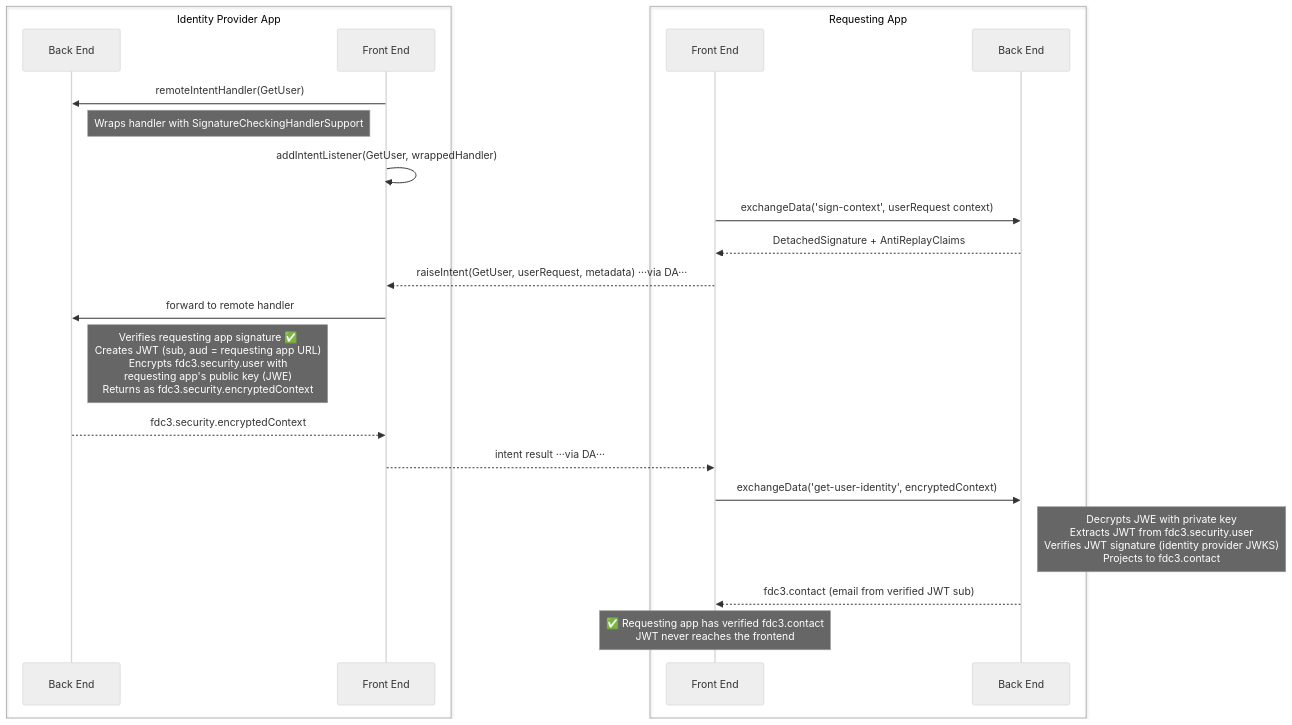
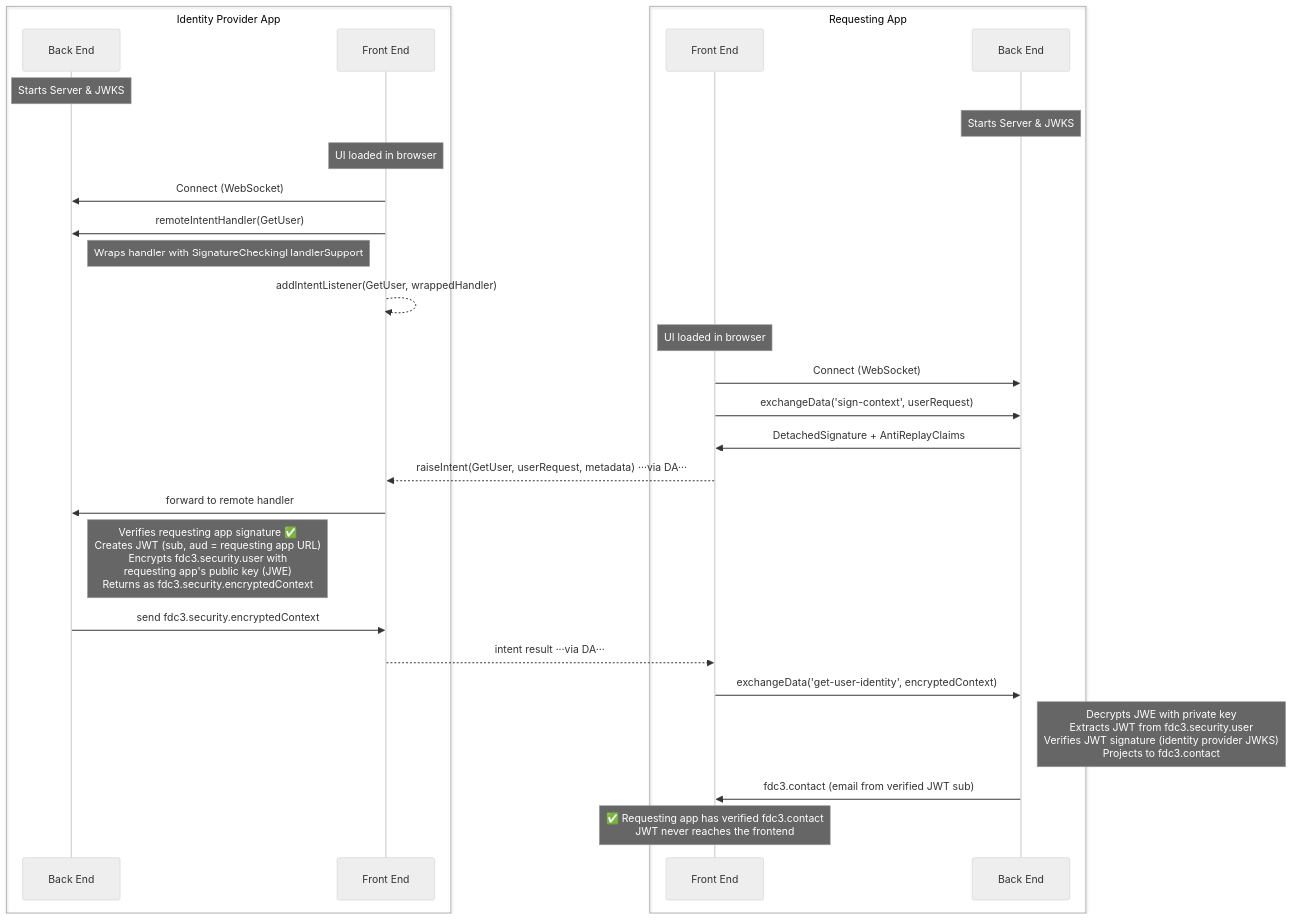
Before and after one commit to finos/FDC3: the fifth of 5 diagrams in packages/fdc3-security/samples/README.md, drawn with Mermaid (neutral theme). The commit also changed other lines of this file, not shown here.

Commit message:
reworking FDC3 security samples diagrams

````diff
--- a/packages/fdc3-security/samples/README.md
+++ b/packages/fdc3-security/samples/README.md
@@ -197,32 +232,39 @@
 ```mermaid
 sequenceDiagram
     box Identity Provider App
         participant IDPBE as Back End
         participant IDPFE as Front End
     end
     box Requesting App
         participant RFE as Front End
         participant RBE as Back End
     end
 
+    Note over IDPBE: Starts Server & JWKS
+    Note over RBE: Starts Server & JWKS
+
+    Note over IDPFE: UI loaded in browser
+    IDPFE->>IDPBE: Connect (WebSocket)
     IDPFE->>IDPBE: remoteIntentHandler(GetUser)
     Note right of IDPBE: Wraps handler with SignatureCheckingHandlerSupport
-    IDPFE->>IDPFE: addIntentListener(GetUser, wrappedHandler)
+    IDPFE-->>IDPFE: addIntentListener(GetUser, wrappedHandler)
 
-    RFE->>RBE: exchangeData('sign-context', userRequest context)
-    RBE-->>RFE: DetachedSignature + AntiReplayClaims
+    Note over RFE: UI loaded in browser
+    RFE->>RBE: Connect (WebSocket)
+    RFE->>RBE: exchangeData('sign-context', userRequest)
+    RBE->>RFE: DetachedSignature + AntiReplayClaims
 
     RFE-->>IDPFE: raiseIntent(GetUser, userRequest, metadata) ···via DA···
     IDPFE->>IDPBE: forward to remote handler
 
     Note right of IDPBE: Verifies requesting app signature ✅<br/>Creates JWT (sub, aud = requesting app URL)<br/>Encrypts fdc3.security.user with<br/>requesting app's public key (JWE)<br/>Returns as fdc3.security.encryptedContext
 
-    IDPBE-->>IDPFE: fdc3.security.encryptedContext
+    IDPBE->>IDPFE: send fdc3.security.encryptedContext
     IDPFE-->>RFE: intent result ···via DA···
 
     RFE->>RBE: exchangeData('get-user-identity', encryptedContext)
     Note right of RBE: Decrypts JWE with private key<br/>Extracts JWT from fdc3.security.user<br/>Verifies JWT signature (identity provider JWKS)<br/>Projects to fdc3.contact
-    RBE-->>RFE: fdc3.contact (email from verified JWT sub)
+    RBE->>RFE: fdc3.contact (email from verified JWT sub)
 
     Note over RFE: ✅ Requesting app has verified fdc3.contact<br/>JWT never reaches the frontend
 ```
````
